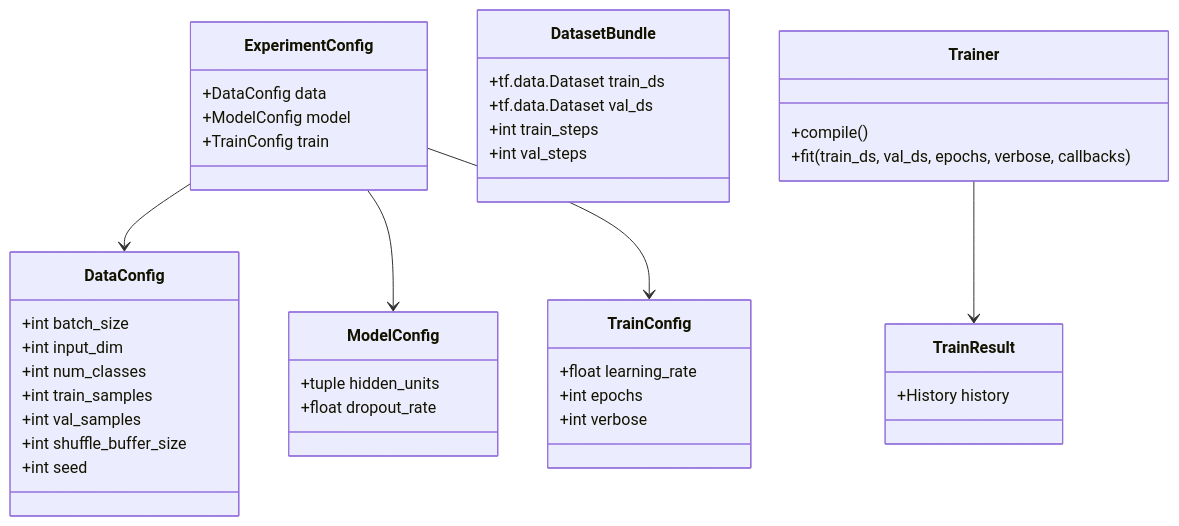
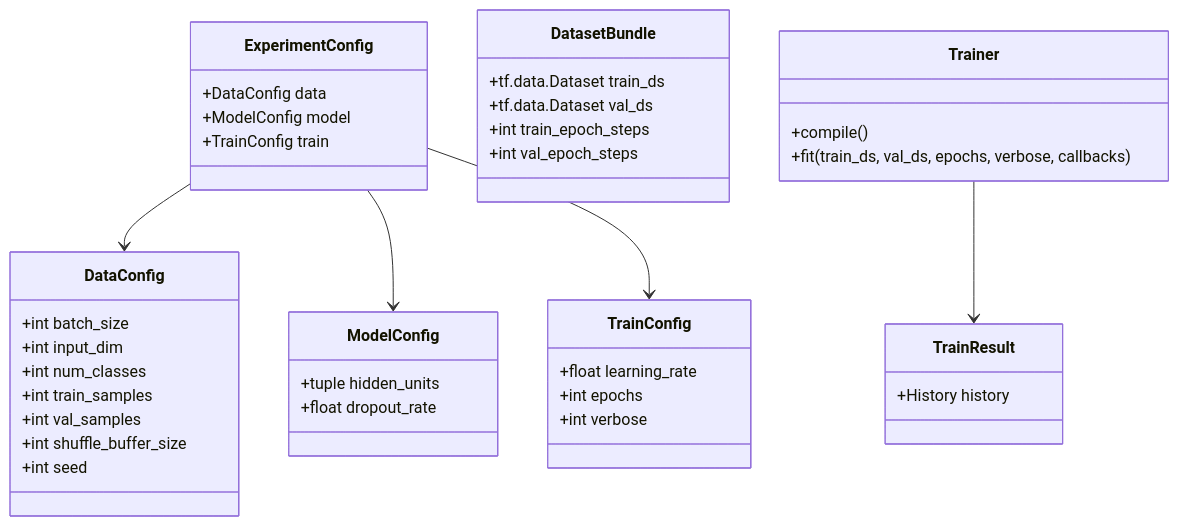
The first of 2 diagrams in docs/architecture.md (koretty/nano-hand-onnx), drawn with Mermaid before and after one commit. The commit also changed other lines of this file and 4 other files, not shown here.

````diff
--- a/docs/architecture.md
+++ b/docs/architecture.md
@@ -24,50 +25,50 @@
 ```mermaid
 classDiagram
     class ExperimentConfig {
         +DataConfig data
         +ModelConfig model
         +TrainConfig train
     }
 
     class DataConfig {
         +int batch_size
         +int input_dim
         +int num_classes
         +int train_samples
         +int val_samples
         +int shuffle_buffer_size
         +int seed
     }
 
     class ModelConfig {
         +tuple hidden_units
         +float dropout_rate
     }
 
     class TrainConfig {
         +float learning_rate
         +int epochs
         +int verbose
     }
 
     class DatasetBundle {
         +tf.data.Dataset train_ds
         +tf.data.Dataset val_ds
-        +int train_steps
-        +int val_steps
+        +int train_epoch_steps
+        +int val_epoch_steps
     }
 
     class Trainer {
         +compile()
         +fit(train_ds, val_ds, epochs, verbose, callbacks)
     }
 
     class TrainResult {
         +History history
     }
 
     ExperimentConfig --> DataConfig
     ExperimentConfig --> ModelConfig
     ExperimentConfig --> TrainConfig
     Trainer --> TrainResult
 ```
````
